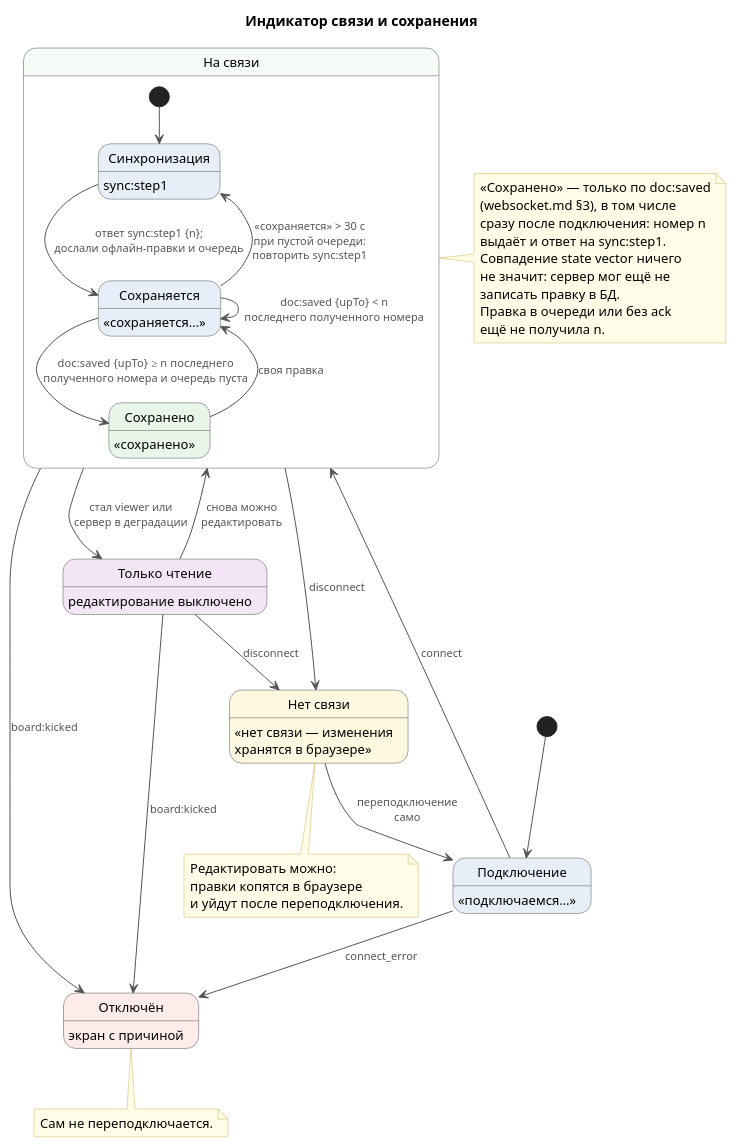
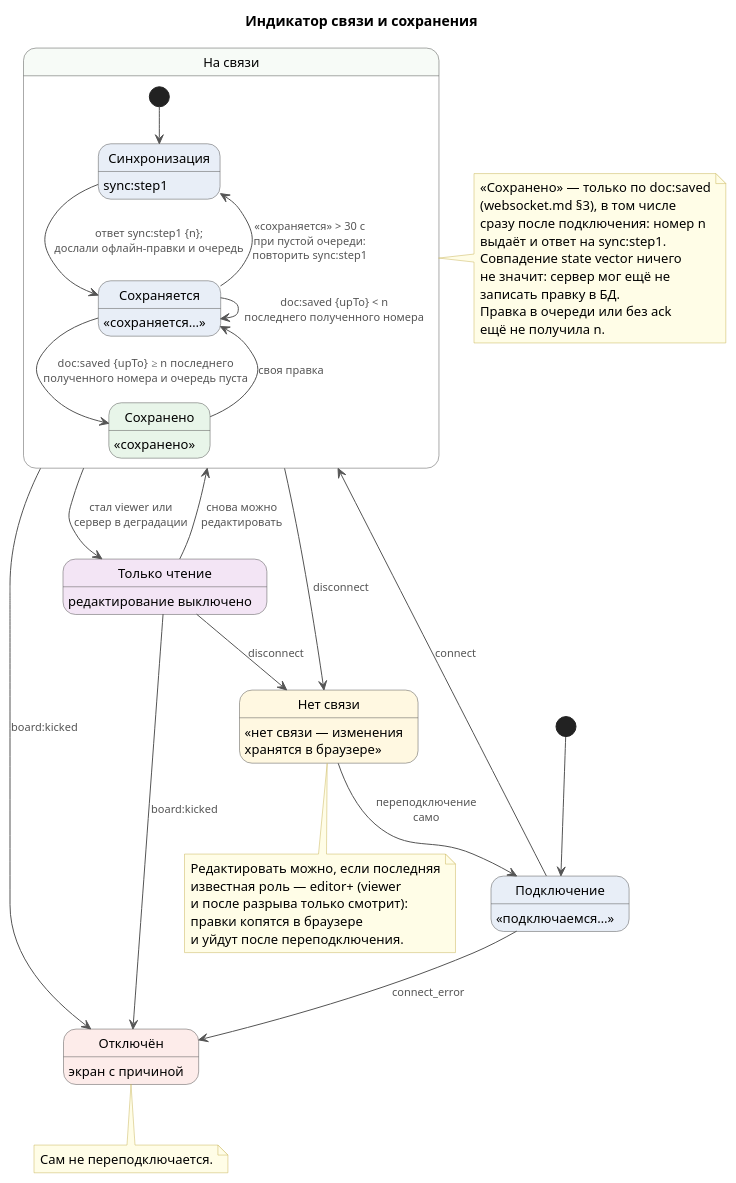
The diagram in docs/system-design/frontend/save-status.puml (fanera-team/fanera), drawn with PlantUML before and after one commit. The commit also changed 12 other files, not shown here.

```diff
--- a/docs/system-design/frontend/save-status.puml
+++ b/docs/system-design/frontend/save-status.puml
@@ -1,70 +1,72 @@
 @startuml save-status
 ' Индикатор связи и сохранения на странице доски. Источник — websocket.md §0 п.5, §2–4 (Р-32)
 skinparam shadowing false
 skinparam defaultFontName "Helvetica"
 skinparam defaultFontSize 13
 skinparam ArrowColor #555555
 skinparam ArrowFontSize 11
 skinparam ArrowFontColor #555555
 skinparam state {
   BackgroundColor #E8EEF7
   BorderColor #555555
 }
 skinparam note {
   BackgroundColor #FFFDE7
   BorderColor #C9B458
 }
 title Индикатор связи и сохранения
 
 state "Подключение" as Connecting : «подключаемся…»
 
 state "На связи" as Online #F7FBF7 {
   state "Синхронизация" as Syncing : sync:step1
   state "Сохранено" as Saved #E8F5E9 : «сохранено»
   state "Сохраняется" as Saving : «сохраняется…»
 
   [*] --> Syncing
   Syncing --> Saving : ответ sync:step1 {n};\nдослали офлайн-правки и очередь
   Saved --> Saving : своя правка
   Saving --> Saving : doc:saved {upTo} < n\nпоследнего полученного номера
   Saving --> Saved : doc:saved {upTo} ≥ n последнего\nполученного номера и очередь пуста
   Saving --> Syncing : «сохраняется» > 30 с\nпри пустой очереди:\nповторить sync:step1
 }
 
 note right of Online
   «Сохранено» — только по doc:saved
   (websocket.md §3), в том числе
   сразу после подключения: номер n
   выдаёт и ответ на sync:step1.
   Совпадение state vector ничего
   не значит: сервер мог ещё не
   записать правку в БД.
   Правка в очереди или без ack
   ещё не получила n.
 end note
 
 state "Нет связи" as Offline #FFF8E1 : «нет связи — изменения\nхранятся в браузере»
 state "Только чтение" as ReadOnly #F3E5F5 : редактирование выключено
 state "Отключён" as Closed #FDECEA : экран с причиной
 
 [*] --> Connecting
 Connecting --> Online : connect
 Online --> Offline : disconnect
 Offline --> Connecting : переподключение\nсамо
 Online --> ReadOnly : стал viewer или\nсервер в деградации
 ReadOnly --> Online : снова можно\nредактировать
 Connecting --> Closed : connect_error
 Online --> Closed : board:kicked
 ReadOnly --> Offline : disconnect
 ReadOnly --> Closed : board:kicked
 
 note bottom of Offline
-  Редактировать можно:
+  Редактировать можно, если последняя
+  известная роль — editor+ (viewer
+  и после разрыва только смотрит):
   правки копятся в браузере
   и уйдут после переподключения.
 end note
 
 note bottom of Closed
   Сам не переподключается.
 end note
 @enduml
```
